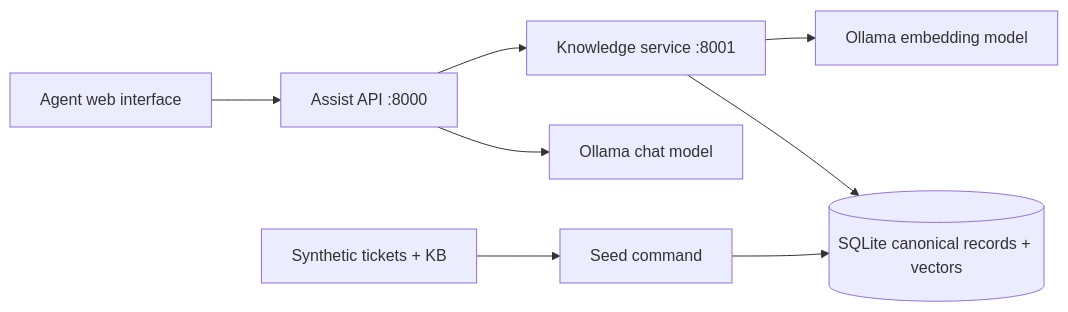
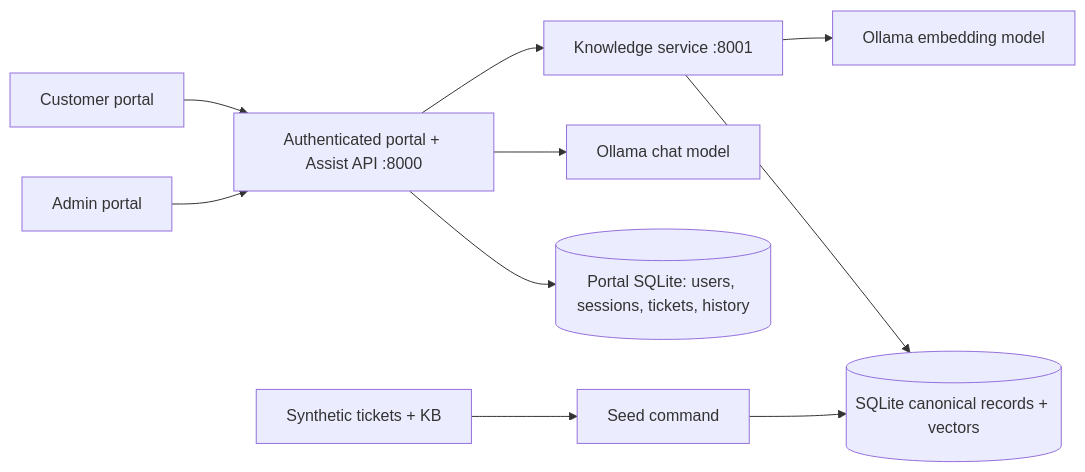
The diagram in docs/architecture.md (JJ1210-spec/telecom-support-resolution-assistant), drawn with Mermaid before and after one commit. The commit also changed other lines of this file and 4 other files, not shown here.

````diff
--- a/docs/architecture.md
+++ b/docs/architecture.md
@@ -7,9 +7,11 @@
 ```mermaid
 flowchart LR
-  Agent[Agent web interface] --> Assist[Assist API :8000]
+  Customer[Customer portal] --> Assist[Authenticated portal + Assist API :8000]
+  Admin[Admin portal] --> Assist
   Assist --> Knowledge[Knowledge service :8001]
   Assist --> Ollama[Ollama chat model]
   Knowledge --> OllamaEmbed[Ollama embedding model]
   Knowledge --> DB[(SQLite canonical records + vectors)]
+  Assist --> TicketDB[(Portal SQLite: users, sessions, tickets, history)]
   Files[Synthetic tickets + KB] --> Seed[Seed command] --> DB
 ```
````
